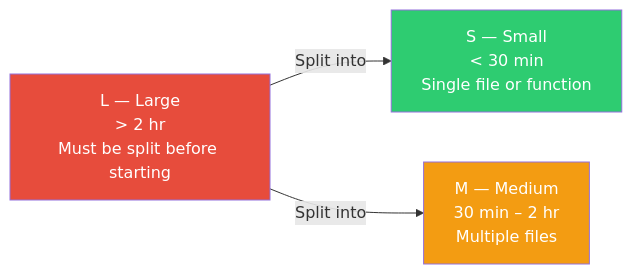
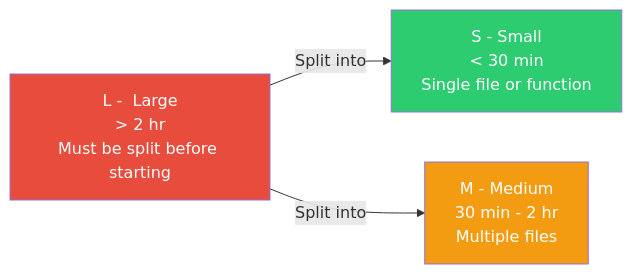
One commit to thomiOmi/agent-skills changed the second of 2 diagrams in skills/task-decomposition/references/phases.md. Above: the diagram before and after it, drawn with Mermaid. The commit also changed other lines of this file and 104 other files, not shown here.

````diff
--- a/skills/task-decomposition/references/phases.md
+++ b/skills/task-decomposition/references/phases.md
@@ -87,18 +87,18 @@
 ```mermaid
 flowchart LR
-    S["S — Small
+    S["S -  Small
 < 30 min
 Single file or function"]
-    M["M — Medium
-30 min – 2 hr
+    M["M -  Medium
+30 min - 2 hr
 Multiple files"]
-    L["L — Large
+    L["L -  Large
 > 2 hr
 Must be split before starting"]
 
     L -->|Split into| S
     L -->|Split into| M
     style L fill:#e74c3c,color:#fff
     style M fill:#f39c12,color:#fff
     style S fill:#2ecc71,color:#fff
 ```
````
